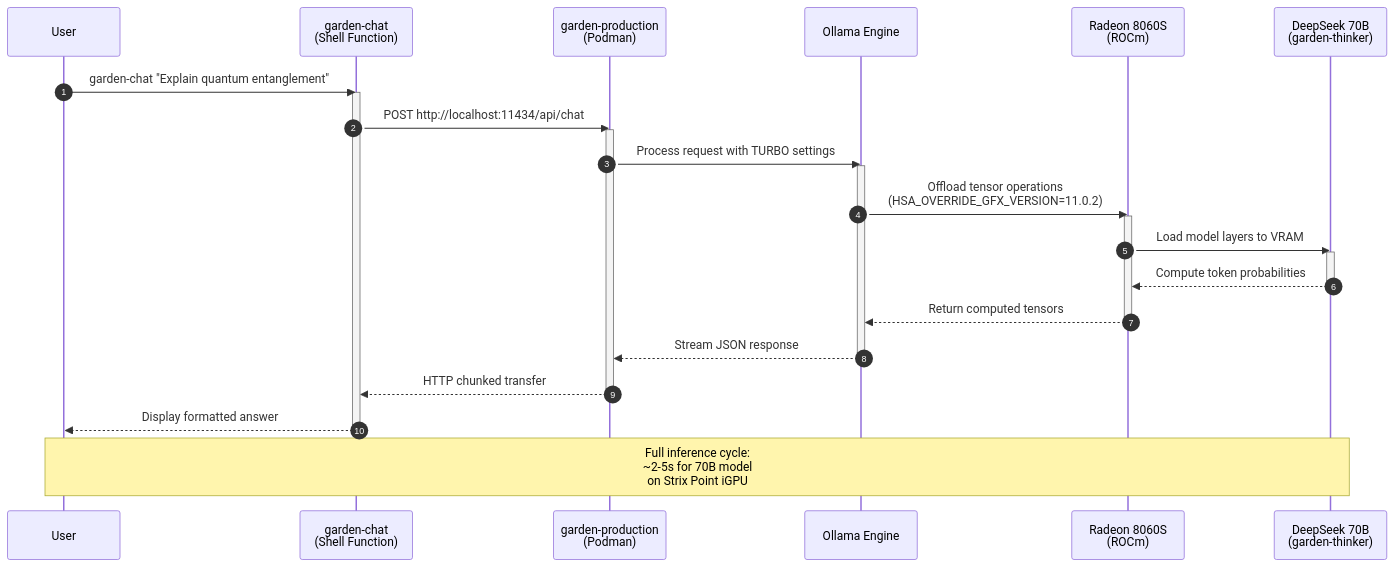
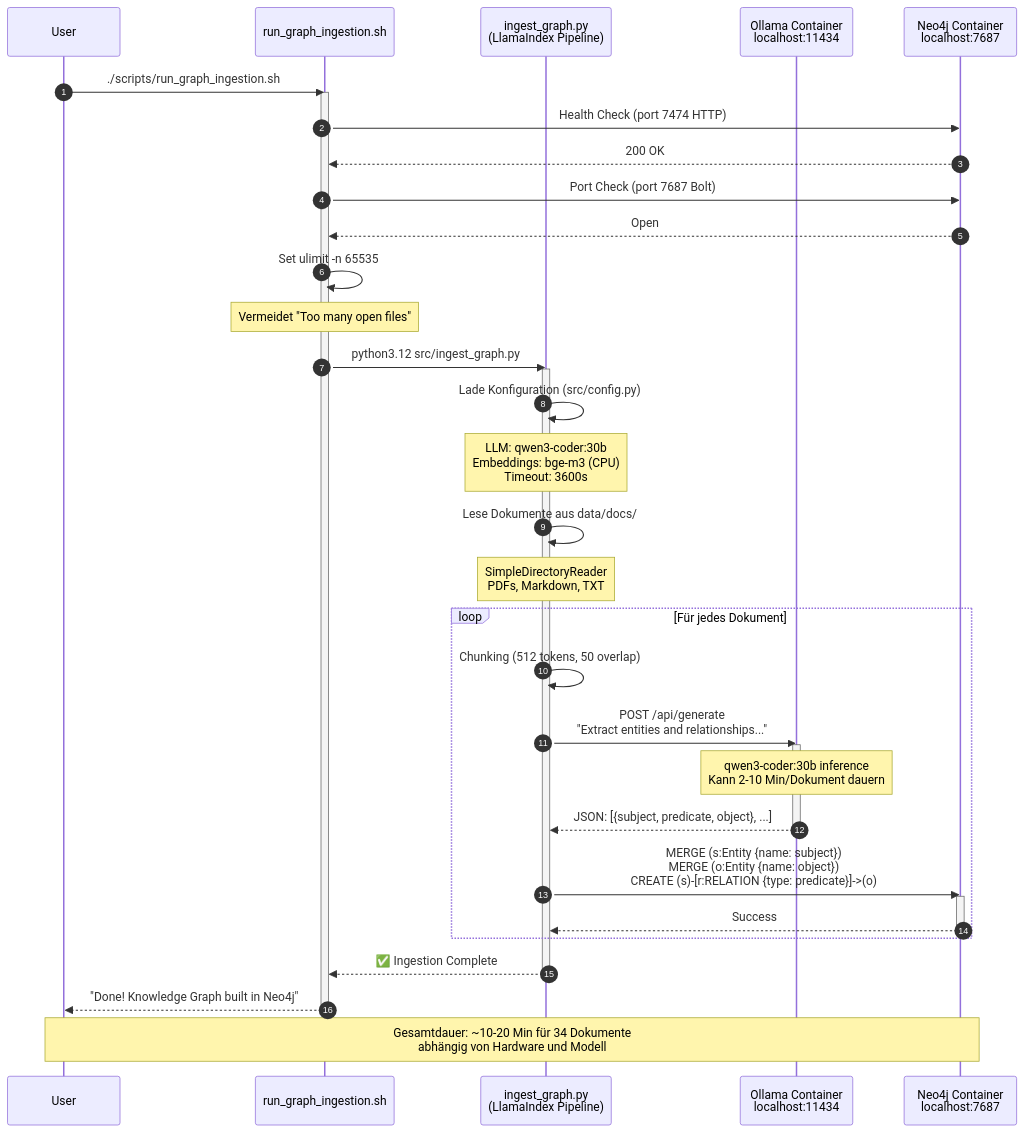
The second of 3 diagrams in README.md (UrbanElephant/Lilly-X), drawn with Mermaid before and after one commit. The commit also changed other lines of this file, not shown here.

First line of the commit message:
docs: Umfassende deutsche README mit Mermaid-Diagrammen und Troubleshooting

````diff
--- a/README.md
+++ b/README.md
@@ -103,42 +125,53 @@
 ```mermaid
 sequenceDiagram
     autonumber
     participant User
-    participant Alias as garden-chat<br/>(Shell Function)
-    participant Container as garden-production<br/>(Podman)
-    participant Ollama as Ollama Engine
-    participant GPU as Radeon 8060S<br/>(ROCm)
-    participant Model as DeepSeek 70B<br/>(garden-thinker)
+    participant Script as run_graph_ingestion.sh
+    participant Python as ingest_graph.py<br/>(LlamaIndex Pipeline)
+    participant Ollama as Ollama Container<br/>localhost:11434
+    participant Neo4j as Neo4j Container<br/>localhost:7687
     
-    User->>Alias: garden-chat "Explain quantum entanglement"
-    activate Alias
+    User->>Script: ./scripts/run_graph_ingestion.sh
+    activate Script
     
-    Alias->>Container: POST http://localhost:11434/api/chat
-    activate Container
+    Script->>Neo4j: Health Check (port 7474 HTTP)
+    Neo4j-->>Script: 200 OK
     
-    Container->>Ollama: Process request with TURBO settings
-    activate Ollama
+    Script->>Neo4j: Port Check (port 7687 Bolt)
+    Neo4j-->>Script: Open
     
-    Ollama->>GPU: Offload tensor operations<br/>(HSA_OVERRIDE_GFX_VERSION=11.0.2)
-    activate GPU
+    Script->>Script: Set ulimit -n 65535
+    Note over Script: Vermeidet "Too many open files"
     
-    GPU->>Model: Load model layers to VRAM
-    activate Model
+    Script->>Python: python3.12 src/ingest_graph.py
+    activate Python
     
-    Model-->>GPU: Compute token probabilities
-    deactivate Model
+    Python->>Python: Lade Konfiguration (src/config.py)
+    Note over Python: LLM: qwen3-coder:30b<br/>Embeddings: bge-m3 (CPU)<br/>Timeout: 3600s
     
-    GPU-->>Ollama: Return computed tensors
-    deactivate GPU
+    Python->>Python: Lese Dokumente aus data/docs/
+    Note over Python: SimpleDirectoryReader<br/>PDFs, Markdown, TXT
     
-    Ollama-->>Container: Stream JSON response
-    deactivate Ollama
+    loop Für jedes Dokument
+        Python->>Python: Chunking (512 tokens, 50 overlap)
+        
+        Python->>Ollama: POST /api/generate<br/>"Extract entities and relationships..."
+        activate Ollama
+        Note over Ollama: qwen3-coder:30b inference<br/>Kann 2-10 Min/Dokument dauern
+        Ollama-->>Python: JSON: [{subject, predicate, object}, ...]
+        deactivate Ollama
+        
+        Python->>Neo4j: MERGE (s:Entity {name: subject})<br/>MERGE (o:Entity {name: object})<br/>CREATE (s)-[r:RELATION {type: predicate}]->(o)
+        activate Neo4j
+        Neo4j-->>Python: Success
+        deactivate Neo4j
+    end
     
-    Container-->>Alias: HTTP chunked transfer
-    deactivate Container
+    Python-->>Script: ✅ Ingestion Complete
+    deactivate Python
     
-    Alias-->>User: Display formatted answer
-    deactivate Alias
+    Script-->>User: "Done! Knowledge Graph built in Neo4j"
+    deactivate Script
     
-    Note over User,Model: Full inference cycle:<br/>~2-5s for 70B model<br/>on Strix Point iGPU
+    Note over User,Neo4j: Gesamtdauer: ~10-20 Min für 34 Dokumente<br/>abhängig von Hardware und Modell
 ```
````
